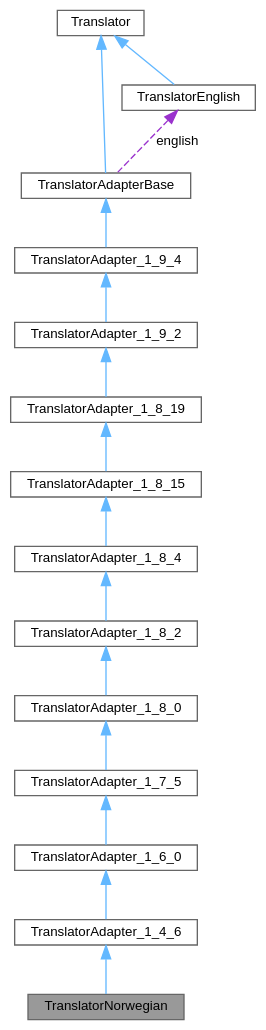
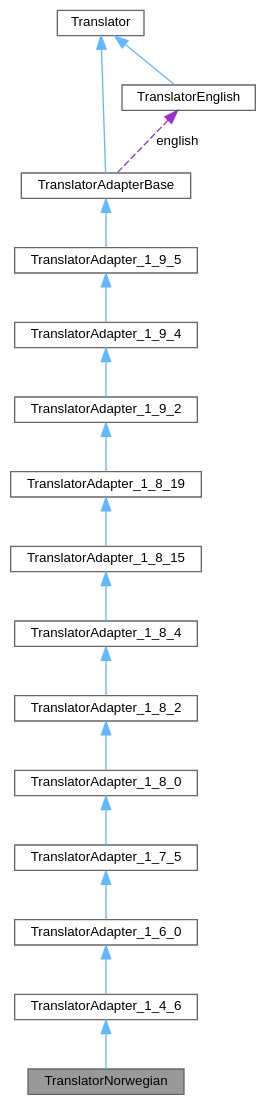
One commit to petyovsky/doxygen changed the diagram in d3/de9/class_translator_norwegian__coll__graph.dot. Above: the diagram before and after it, drawn with Graphviz. The commit also changed 850 other files, not shown here.

```diff
--- a/d3/de9/class_translator_norwegian__coll__graph.dot
+++ b/d3/de9/class_translator_norwegian__coll__graph.dot
@@ -1,36 +1,38 @@
 digraph "TranslatorNorwegian"
 {
  // INTERACTIVE_SVG=YES
  // LATEX_PDF_SIZE
   bgcolor="transparent";
   edge [fontname=Helvetica,fontsize=10,labelfontname=Helvetica,labelfontsize=10];
   node [fontname=Helvetica,fontsize=10,shape=box,height=0.2,width=0.4];
   Node1 [label="TranslatorNorwegian",height=0.2,width=0.4,color="gray40", fillcolor="grey60", style="filled", fontcolor="black",tooltip=" "];
   Node2 -> Node1 [dir="back",color="steelblue1",style="solid"];
   Node2 [label="TranslatorAdapter_1_4_6",height=0.2,width=0.4,color="gray40", fillcolor="white", style="filled",URL="$d4/d2b/class_translator_adapter__1__4__6.html",tooltip="Adapter class for languages that only contain translations up to version 1.4.6."];
   Node3 -> Node2 [dir="back",color="steelblue1",style="solid"];
   Node3 [label="TranslatorAdapter_1_6_0",height=0.2,width=0.4,color="gray40", fillcolor="white", style="filled",URL="$d3/da1/class_translator_adapter__1__6__0.html",tooltip="Adapter class for languages that only contain translations up to version 1.6.0."];
   Node4 -> Node3 [dir="back",color="steelblue1",style="solid"];
   Node4 [label="TranslatorAdapter_1_7_5",height=0.2,width=0.4,color="gray40", fillcolor="white", style="filled",URL="$da/d24/class_translator_adapter__1__7__5.html",tooltip="Adapter class for languages that only contain translations up to version 1.7.5."];
   Node5 -> Node4 [dir="back",color="steelblue1",style="solid"];
   Node5 [label="TranslatorAdapter_1_8_0",height=0.2,width=0.4,color="gray40", fillcolor="white", style="filled",URL="$de/d49/class_translator_adapter__1__8__0.html",tooltip="Adapter class for languages that only contain translations up to version 1.8.0."];
   Node6 -> Node5 [dir="back",color="steelblue1",style="solid"];
   Node6 [label="TranslatorAdapter_1_8_2",height=0.2,width=0.4,color="gray40", fillcolor="white", style="filled",URL="$d2/d75/class_translator_adapter__1__8__2.html",tooltip=" "];
   Node7 -> Node6 [dir="back",color="steelblue1",style="solid"];
   Node7 [label="TranslatorAdapter_1_8_4",height=0.2,width=0.4,color="gray40", fillcolor="white", style="filled",URL="$de/d2f/class_translator_adapter__1__8__4.html",tooltip=" "];
   Node8 -> Node7 [dir="back",color="steelblue1",style="solid"];
   Node8 [label="TranslatorAdapter_1_8_15",height=0.2,width=0.4,color="gray40", fillcolor="white", style="filled",URL="$d4/d2e/class_translator_adapter__1__8__15.html",tooltip=" "];
   Node9 -> Node8 [dir="back",color="steelblue1",style="solid"];
   Node9 [label="TranslatorAdapter_1_8_19",height=0.2,width=0.4,color="gray40", fillcolor="white", style="filled",URL="$de/dde/class_translator_adapter__1__8__19.html",tooltip=" "];
   Node10 -> Node9 [dir="back",color="steelblue1",style="solid"];
   Node10 [label="TranslatorAdapter_1_9_2",height=0.2,width=0.4,color="gray40", fillcolor="white", style="filled",URL="$d3/d2e/class_translator_adapter__1__9__2.html",tooltip=" "];
   Node11 -> Node10 [dir="back",color="steelblue1",style="solid"];
   Node11 [label="TranslatorAdapter_1_9_4",height=0.2,width=0.4,color="gray40", fillcolor="white", style="filled",URL="$d0/d33/class_translator_adapter__1__9__4.html",tooltip=" "];
   Node12 -> Node11 [dir="back",color="steelblue1",style="solid"];
-  Node12 [label="TranslatorAdapterBase",height=0.2,width=0.4,color="gray40", fillcolor="white", style="filled",URL="$db/d6c/class_translator_adapter_base.html",tooltip="Base of the translator adapter tree."];
+  Node12 [label="TranslatorAdapter_1_9_5",height=0.2,width=0.4,color="gray40", fillcolor="white", style="filled",URL="$dd/dba/class_translator_adapter__1__9__5.html",tooltip=" "];
   Node13 -> Node12 [dir="back",color="steelblue1",style="solid"];
-  Node13 [label="Translator",height=0.2,width=0.4,color="gray40", fillcolor="white", style="filled",URL="$d8/dfb/class_translator.html",tooltip="Abstract base class for all translatable text fragments."];
-  Node14 -> Node12 [dir="back",color="darkorchid3",style="dashed",label=" english" ];
-  Node14 [label="TranslatorEnglish",height=0.2,width=0.4,color="gray40", fillcolor="white", style="filled",URL="$d6/d78/class_translator_english.html",tooltip=" "];
-  Node13 -> Node14 [dir="back",color="steelblue1",style="solid"];
+  Node13 [label="TranslatorAdapterBase",height=0.2,width=0.4,color="gray40", fillcolor="white", style="filled",URL="$db/d6c/class_translator_adapter_base.html",tooltip="Base of the translator adapter tree."];
+  Node14 -> Node13 [dir="back",color="steelblue1",style="solid"];
+  Node14 [label="Translator",height=0.2,width=0.4,color="gray40", fillcolor="white", style="filled",URL="$d8/dfb/class_translator.html",tooltip="Abstract base class for all translatable text fragments."];
+  Node15 -> Node13 [dir="back",color="darkorchid3",style="dashed",label=" english" ];
+  Node15 [label="TranslatorEnglish",height=0.2,width=0.4,color="gray40", fillcolor="white", style="filled",URL="$d6/d78/class_translator_english.html",tooltip=" "];
+  Node14 -> Node15 [dir="back",color="steelblue1",style="solid"];
 }
```
